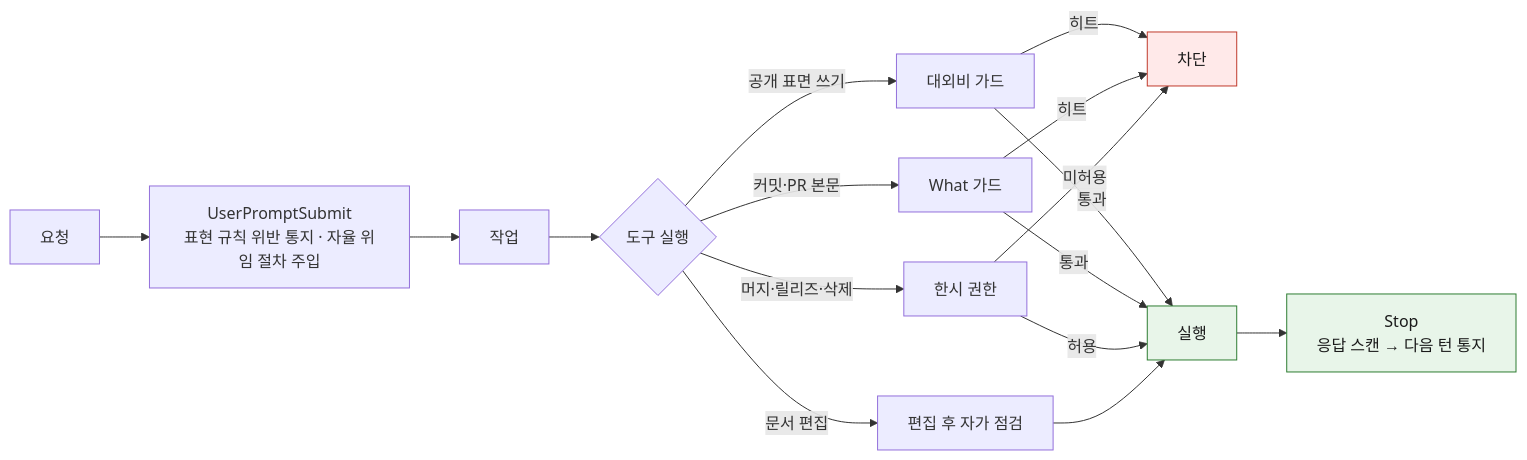
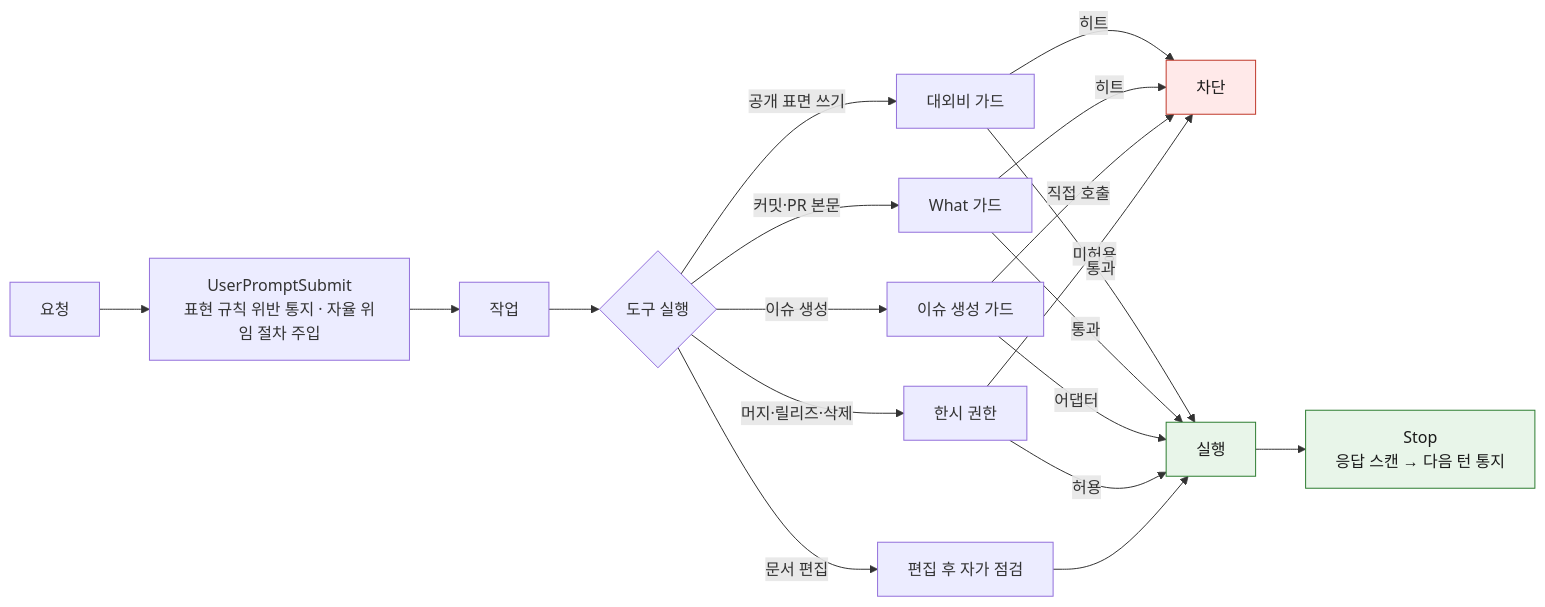
Before and after one commit to idean3885/claude-ops-agent: the diagram in docs/usage.md, drawn with Mermaid. The commit also changed other lines of this file and 13 other files, not shown here.

First line of the commit message:
feat: flow 이슈 생성 · 시작 어댑터와 이슈 생성 가드 (#696)

````diff
--- a/docs/usage.md
+++ b/docs/usage.md
@@ -52,23 +53,26 @@
 ```mermaid
 flowchart LR
   U["요청"] --> P["UserPromptSubmit<br/>표현 규칙 위반 통지 · 자율 위임 절차 주입"]
   P --> W["작업"]
   W --> T{"도구 실행"}
   T -->|"공개 표면 쓰기"| C["대외비 가드"]
   T -->|"커밋·PR 본문"| H["What 가드"]
+  T -->|"이슈 생성"| I["이슈 생성 가드"]
   T -->|"머지·릴리즈·삭제"| A["한시 권한"]
   T -->|"문서 편집"| E["편집 후 자가 점검"]
   C -->|히트| X["차단"]
   H -->|히트| X
+  I -->|직접 호출| X
   A -->|미허용| X
   C -->|통과| OK["실행"]
   H -->|통과| OK
+  I -->|어댑터| OK
   A -->|허용| OK
   E --> OK
   OK --> S["Stop<br/>응답 스캔 → 다음 턴 통지"]
 
   classDef block fill:#ffe9e9,stroke:#c0392b,color:#1a1a1a
   classDef pass fill:#e8f5e9,stroke:#2e7d32,color:#1a1a1a
   class X block
   class OK,S pass
 ```
````
